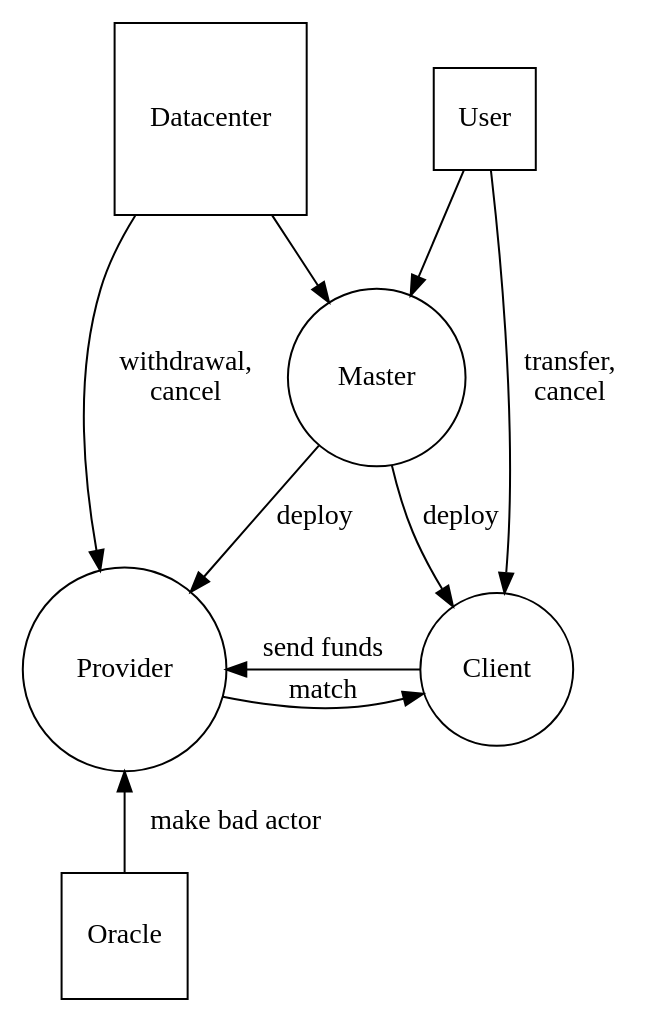
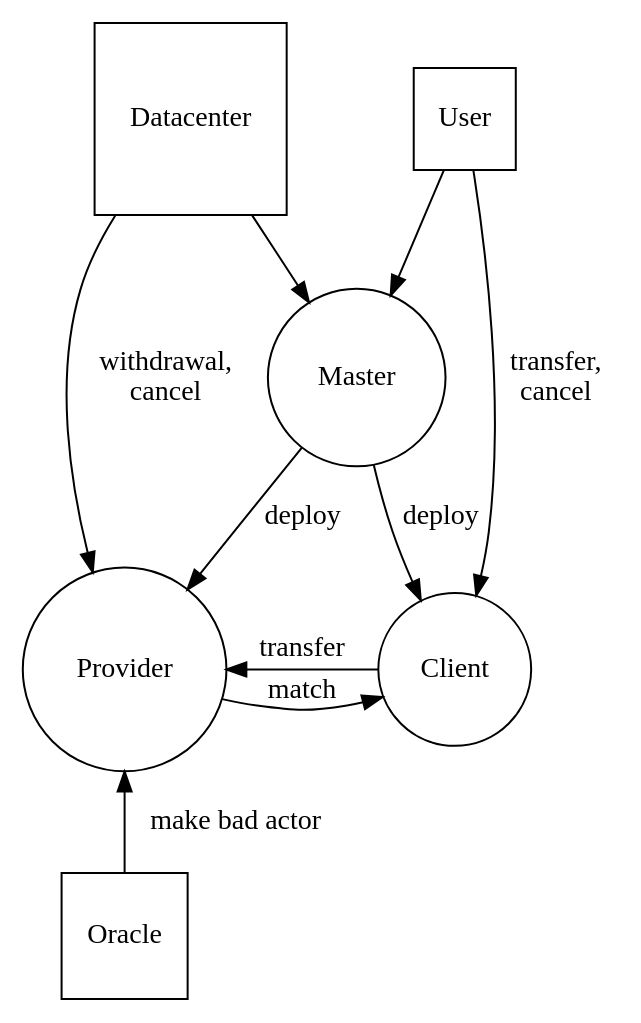
One commit to akash-network/node changed the diagram in ethereum/_docs/dot/contracts.dot. Above: the diagram before and after it, drawn with Graphviz.

Commit message:
simplify dot

```diff
--- a/ethereum/_docs/dot/contracts.dot
+++ b/ethereum/_docs/dot/contracts.dot
@@ -1,25 +1,25 @@
 digraph marketplace {
 
   rankdir=TD;
 
   "master"                      [shape=circle label="Master"];
   "provider"                    [shape=circle label="Provider"];
   "client"                      [shape=circle label="Client"];
   "user"                        [shape=square label="User"];
   "datacenter"                  [shape=square label="Datacenter"];
   "oracle"                      [shape=square label="Oracle"];
 
   "user" -> "master"            [label=""];
   "datacenter" -> "master"      [label=""];
   "master" -> "provider"        [label="deploy"];
   "master" -> "client"          [label="deploy"];
   "provider" -> "client"        [label="match"];
-  "client" -> "provider"        [label="send funds", labelangle="-50.0"];
+  "client" -> "provider"        [label="transfer"];
   "user" -> "client"            [label="transfer,\ncancel"];
   "datacenter" -> "provider"    [label="withdrawal,\ncancel"];
   "oracle" -> "provider"        [label="make bad actor"];
 
   { rank=source "user", "datacenter" }
   { rank=sink  "oracle" }
   { rank=same "client", "provider" }
 }
```
